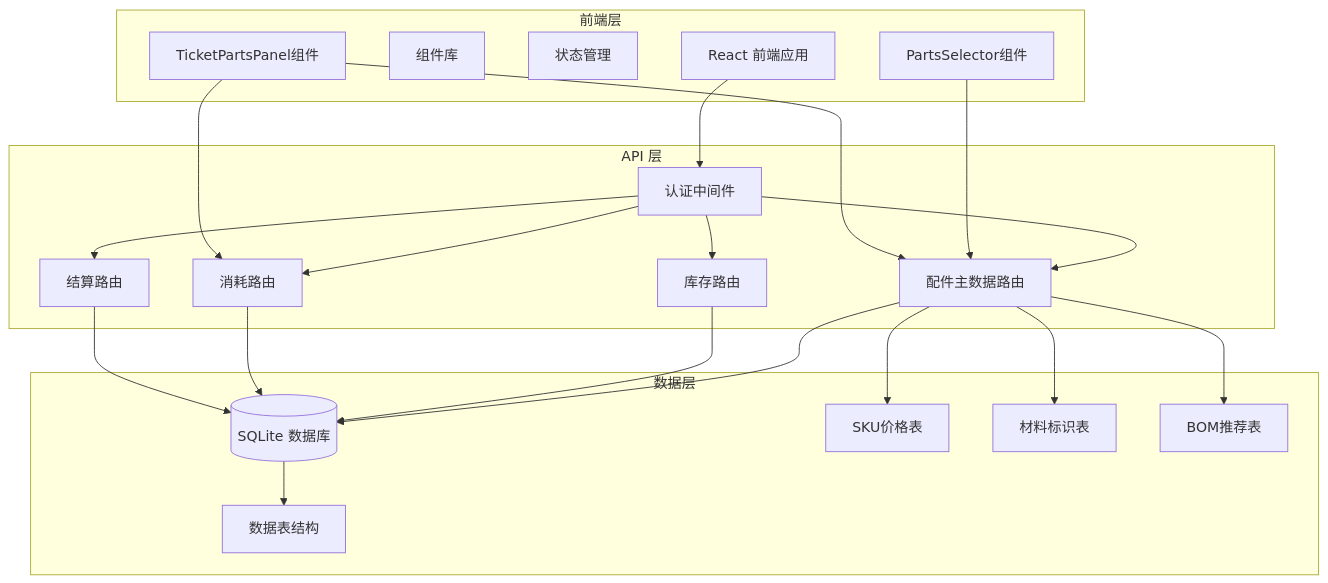
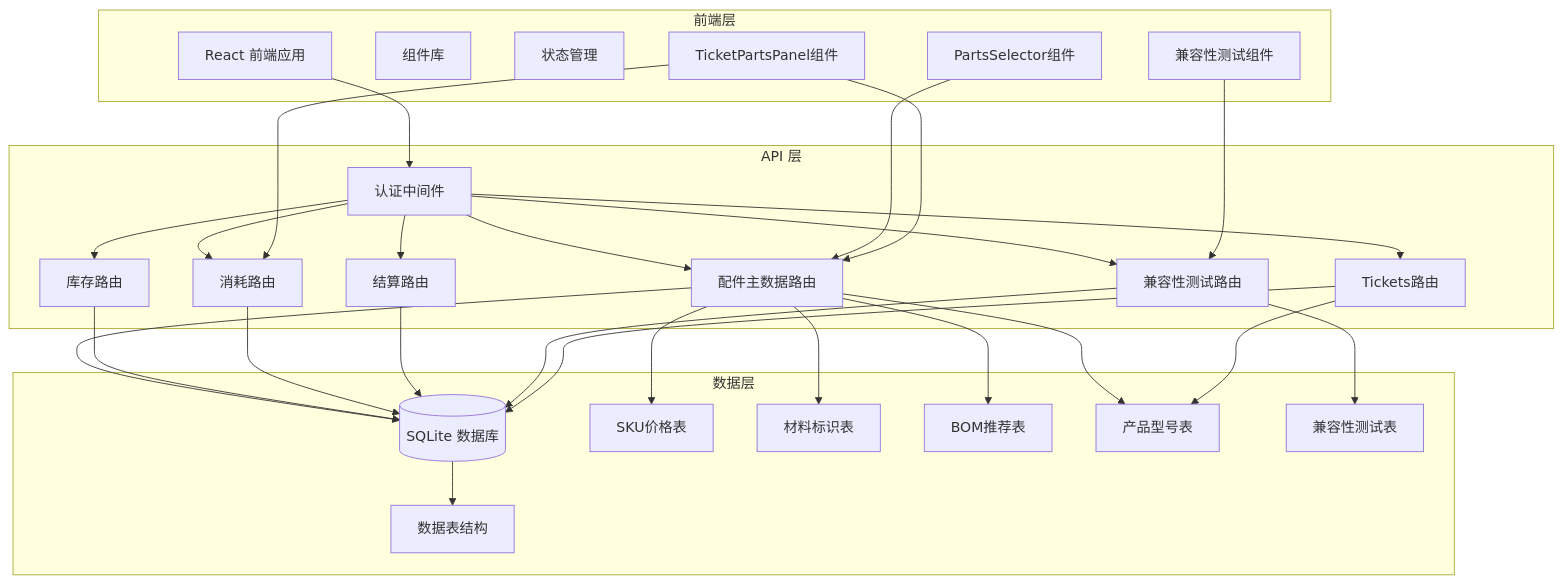
Before and after one commit to CubeEdge/Longhorn: the first of 14 diagrams in .qoder/repowiki/zh/content/数据库设计/配件管理系统.md, drawn with Mermaid. The commit also changed other lines of this file and 29 other files, not shown here.

````diff
--- a/.qoder/repowiki/zh/content/数据库设计/配件管理系统.md
+++ b/.qoder/repowiki/zh/content/数据库设计/配件管理系统.md
@@ -62,40 +74,53 @@
 ```mermaid
 graph TB
 subgraph "前端层"
 UI[React 前端应用]
 Components[组件库]
 Store[状态管理]
 PartsSelector[PartsSelector组件]
 TicketPartsPanel[TicketPartsPanel组件]
+CompatibilityTest[兼容性测试组件]
 end
 subgraph "API 层"
 Auth[认证中间件]
 PartsMaster[配件主数据路由]
 Inventory[库存路由]
 Consumption[消耗路由]
 Settlement[结算路由]
+Compatibility[兼容性测试路由]
+Tickets[Tickets路由]
 end
 subgraph "数据层"
 DB[(SQLite 数据库)]
 Tables[数据表结构]
 SKUPrices[SKU价格表]
 Material[材料标识表]
 BOM[BOM推荐表]
+ProductModels[产品型号表]
+CompatibilityTests[兼容性测试表]
 end
 UI --> Auth
 Auth --> PartsMaster
 Auth --> Inventory
 Auth --> Consumption
 Auth --> Settlement
+Auth --> Compatibility
+Auth --> Tickets
 PartsMaster --> DB
 PartsMaster --> SKUPrices
 PartsMaster --> Material
 PartsMaster --> BOM
+PartsMaster --> ProductModels
 Inventory --> DB
 Consumption --> DB
 Settlement --> DB
+Compatibility --> DB
+Compatibility --> CompatibilityTests
+Tickets --> DB
+Tickets --> ProductModels
 DB --> Tables
 PartsSelector --> PartsMaster
 TicketPartsPanel --> PartsMaster
 TicketPartsPanel --> Consumption
+CompatibilityTest --> Compatibility
 ```
````
